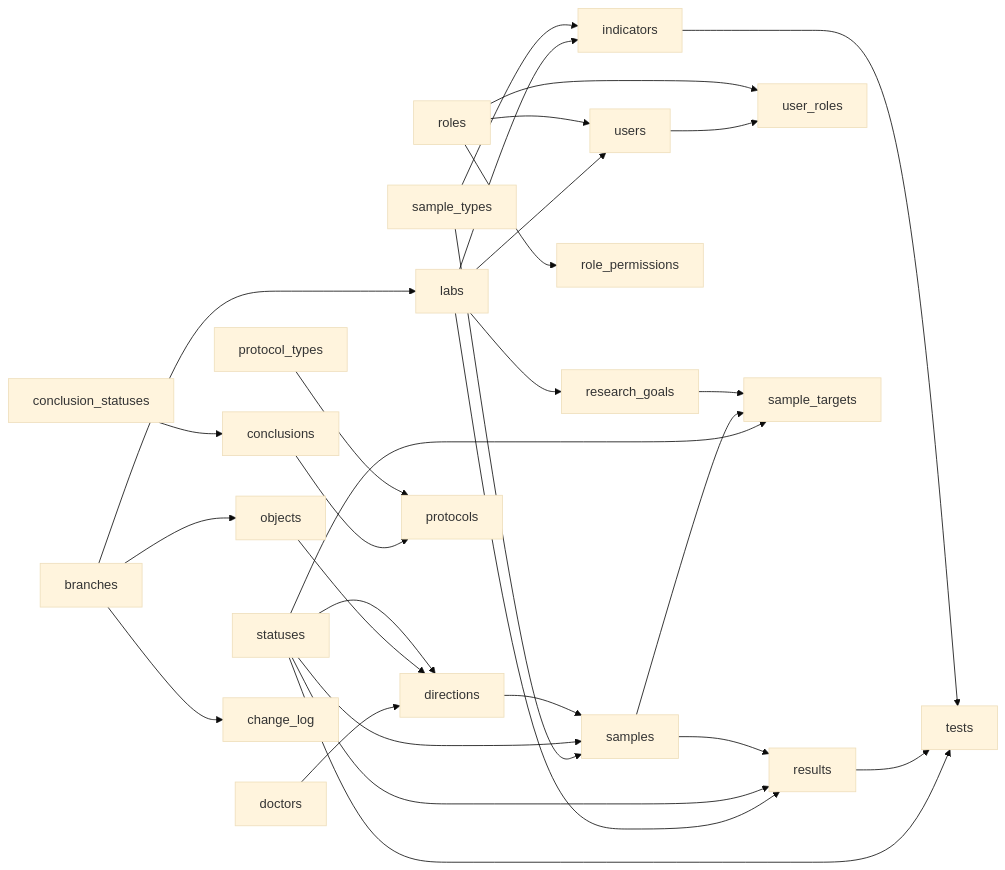
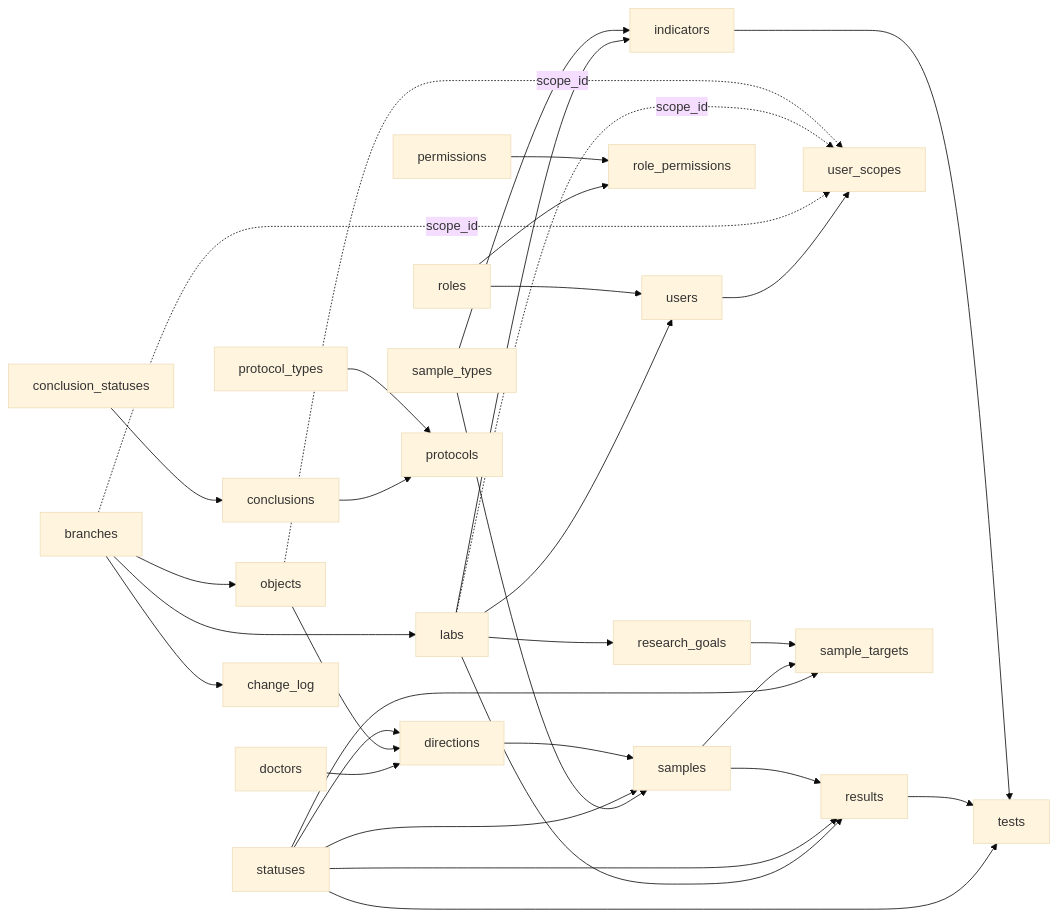
Before and after one commit to Tminww/biologic-system: the diagram in docs-site/pages/backend/data-model.md, drawn with Mermaid (base theme). The commit also changed other lines of this file and 53 other files, not shown here.

````diff
--- a/docs-site/pages/backend/data-model.md
+++ b/docs-site/pages/backend/data-model.md
@@ -22,38 +22,41 @@
 ```mermaid
 flowchart LR
   BR[branches] --> LB[labs]
   BR --> OBJ[objects]
   LB --> RG[research_goals]
   LB --> IND[indicators]
   LB --> US[users]
   LB --> RES[results]
 
   RO[roles] --> US
-  US --> UR[user_roles]
-  RO --> UR
+  US --> USC[user_scopes]
+  BR -. scope_id .-> USC
+  LB -. scope_id .-> USC
+  OBJ -. scope_id .-> USC
   RO --> RP[role_permissions]
+  PM[permissions] --> RP
 
   ST[sample_types] --> IND
   ST --> SMP[samples]
 
   DOC[doctors] --> DIR[directions]
   OBJ --> DIR
   STAT[statuses] --> DIR
   STAT --> SMP
   STAT --> RES
   STAT --> TST[tests]
   STAT --> STG[sample_targets]
 
   DIR --> SMP
   SMP --> STG
   RG --> STG
   SMP --> RES
   RES --> TST
   IND --> TST
 
   CSTAT[conclusion_statuses] --> CONC[conclusions]
   CONC --> PROT[protocols]
   PT[protocol_types] --> PROT
 
   BR --> CL[change_log]
 ```
````
